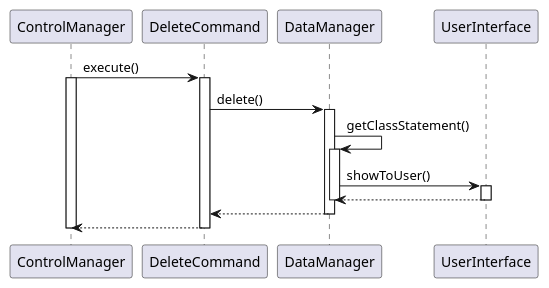
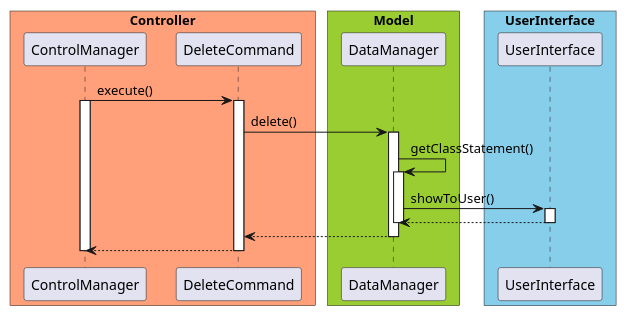
Before and after one commit to untitle4/tp: the diagram in docs/diagram/DeleteFeatureDiagram.puml, drawn with PlantUML. The commit also changed 12 other files, not shown here.

Commit message:
Update uml diagrams to support colors

```diff
--- a/docs/diagram/DeleteFeatureDiagram.puml
+++ b/docs/diagram/DeleteFeatureDiagram.puml
@@ -1,55 +1,71 @@
 @startuml
 'activate UserInterface
 'UserInterface -> ControlManager: runLogic()
 'activate ControlManager
 
 'activate ControlManager
 'ControlManager -> CommandParser: extractCommand()
 'activate CommandParser
 'ControlManager <-- CommandParser: return command type
 'deactivate CommandParser
 'deactivate ControlManager
 '
 'ControlManager -> CommandFactory: generateActionableCommand()
 'activate ControlManager
 'activate CommandFactory
 'CommandFactory --> ControlManager: return actionable command
 'deactivate CommandFactory
 'deactivate ControlManager
 '
 'ControlManager -> ModelParser: extractModel()
 'activate ControlManager
 'activate ModelParser
 'ModelParser --> ControlManager: return model type
 'deactivate ModelParser
 'deactivate ControlManager
 '
 'ControlManager -> ModelExtractor: retrieveModel()
 'activate ControlManager
 'activate ModelExtractor
 'ModelExtractor --> ControlManager: return model
 'deactivate ControlManager
 'deactivate ModelExtractor
 
+skinparam ParticipantPadding 10
+skinparam BoxPadding 5
+
+box "Controller" #LightSalmon
+participant ControlManager
+participant DeleteCommand
+end box
+
+box "Model" #YellowGreen
+participant DataManager
+end box
+
+box "UserInterface" #skyblue
+participant UserInterface
+end box
+
 ControlManager -> DeleteCommand: execute()
 activate ControlManager
 activate DeleteCommand
 DeleteCommand -> DataManager: delete()
 activate DataManager
 DataManager -> DataManager: getClassStatement()
 activate DataManager
 
 
 
 DataManager -> UserInterface: showToUser()
 activate UserInterface
 
 UserInterface --> DataManager
 deactivate DataManager
 deactivate UserInterface
 DataManager --> DeleteCommand
 deactivate DataManager
 DeleteCommand --> ControlManager
 deactivate DeleteCommand
 deactivate ControlManager
 @enduml
```
